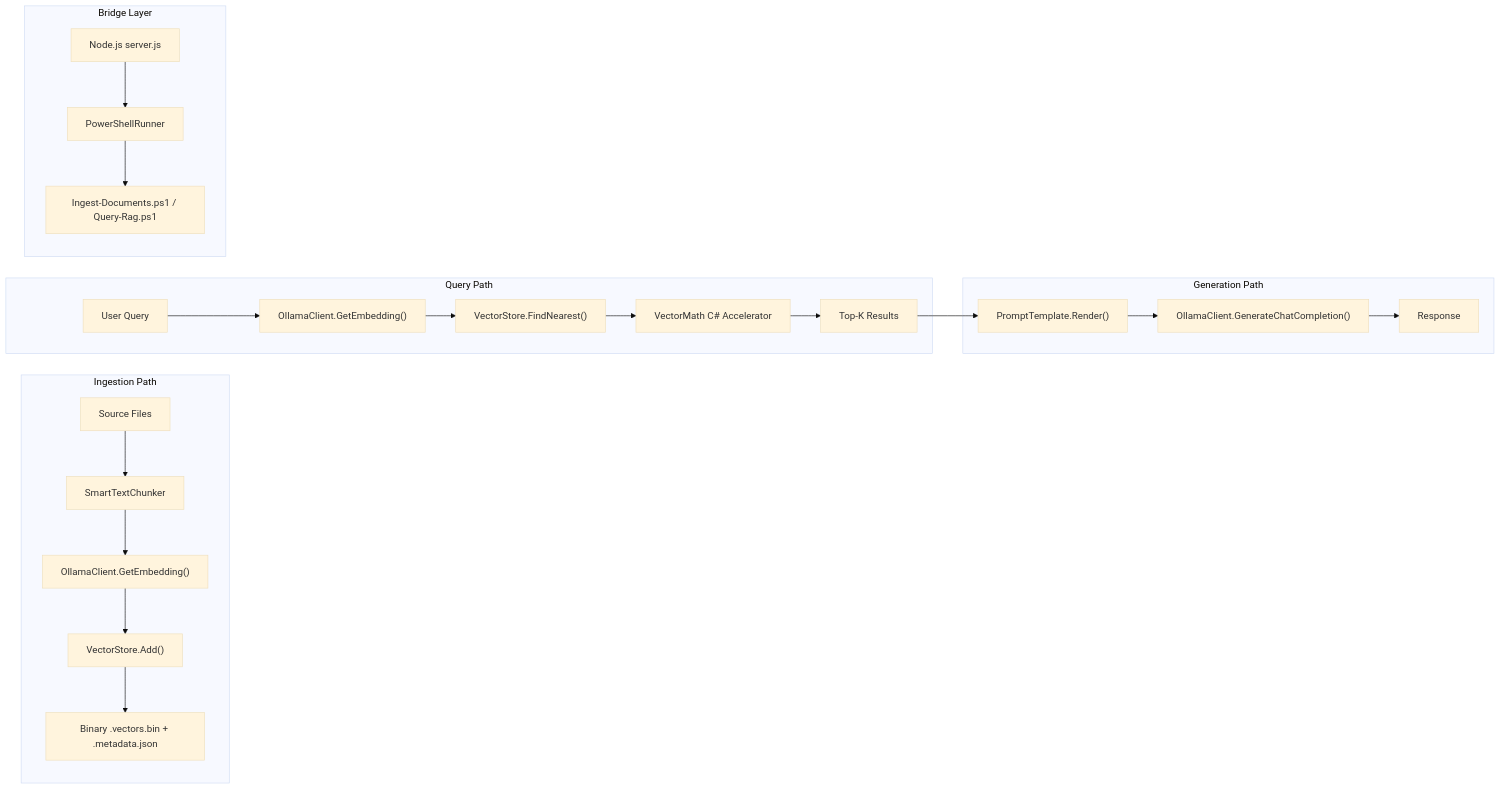
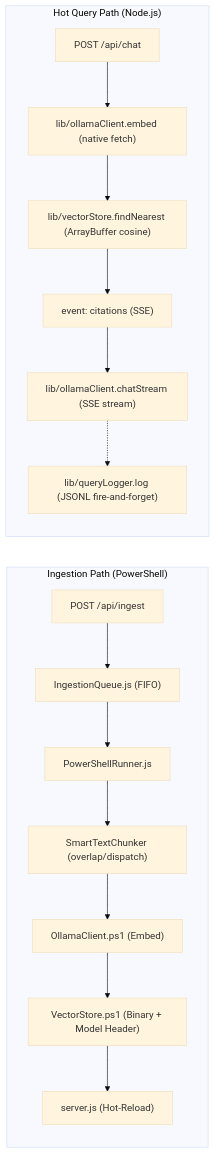
One commit to nhlutterodt/Lightweight-Local-Rag changed the diagram in docs/RAG_Pipeline_Backend_Assessment.md. Above: the diagram before and after it, drawn with Mermaid (base theme). The commit also changed other lines of this file, not shown here.

Commit message:
docs: Add RAG Pipeline Backend Assessment document detailing architecture, resolved issues, and future roadmap.

````diff
--- a/docs/RAG_Pipeline_Backend_Assessment.md
+++ b/docs/RAG_Pipeline_Backend_Assessment.md
@@ -19,27 +19,19 @@
 ```mermaid
 flowchart LR
-    subgraph "Ingestion Path"
-        A[Source Files] --> B["SmartTextChunker"]
-        B --> C["OllamaClient.GetEmbedding()"]
-        C --> D["VectorStore.Add()"]
-        D --> E["Binary .vectors.bin + .metadata.json"]
+    subgraph "Ingestion Path (PowerShell)"
+        A[POST /api/ingest] --> B["IngestionQueue.js (FIFO)"]
+        B --> C["PowerShellRunner.js"]
+        C --> D["SmartTextChunker (overlap/dispatch)"]
+        D --> E["OllamaClient.ps1 (Embed)"]
+        E --> F["VectorStore.ps1 (Binary + Model Header)"]
+        F --> G["server.js (Hot-Reload)"]
     end
 
-    subgraph "Query Path"
-        F[User Query] --> G["OllamaClient.GetEmbedding()"]
-        G --> H["VectorStore.FindNearest()"]
-        H --> I["VectorMath C# Accelerator"]
-        I --> J[Top-K Results]
-    end
-
-    subgraph "Generation Path"
-        J --> K["PromptTemplate.Render()"]
-        K --> L["OllamaClient.GenerateChatCompletion()"]
-        L --> M[Response]
-    end
-
-    subgraph "Bridge Layer"
-        N[Node.js server.js] --> O[PowerShellRunner]
-        O --> P["Ingest-Documents.ps1 / Query-Rag.ps1"]
+    subgraph "Hot Query Path (Node.js)"
+        H[POST /api/chat] --> I["lib/ollamaClient.embed (native fetch)"]
+        I --> J["lib/vectorStore.findNearest (ArrayBuffer cosine)"]
+        J --> K["event: citations (SSE)"]
+        K --> L["lib/ollamaClient.chatStream (SSE stream)"]
+        L -.-> M["lib/queryLogger.log (JSONL fire-and-forget)"]
     end
 ```
````
